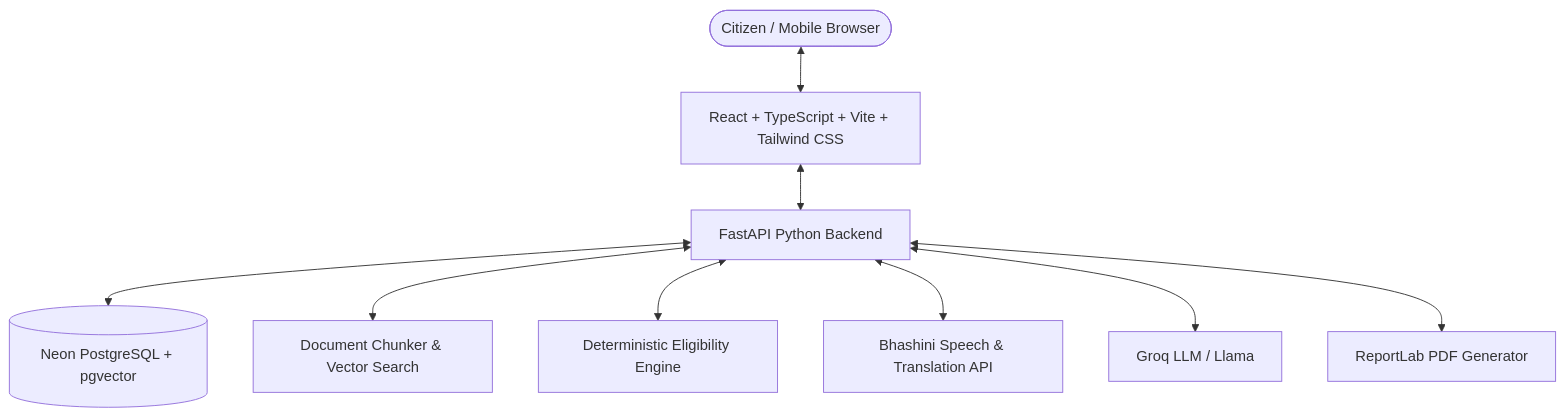
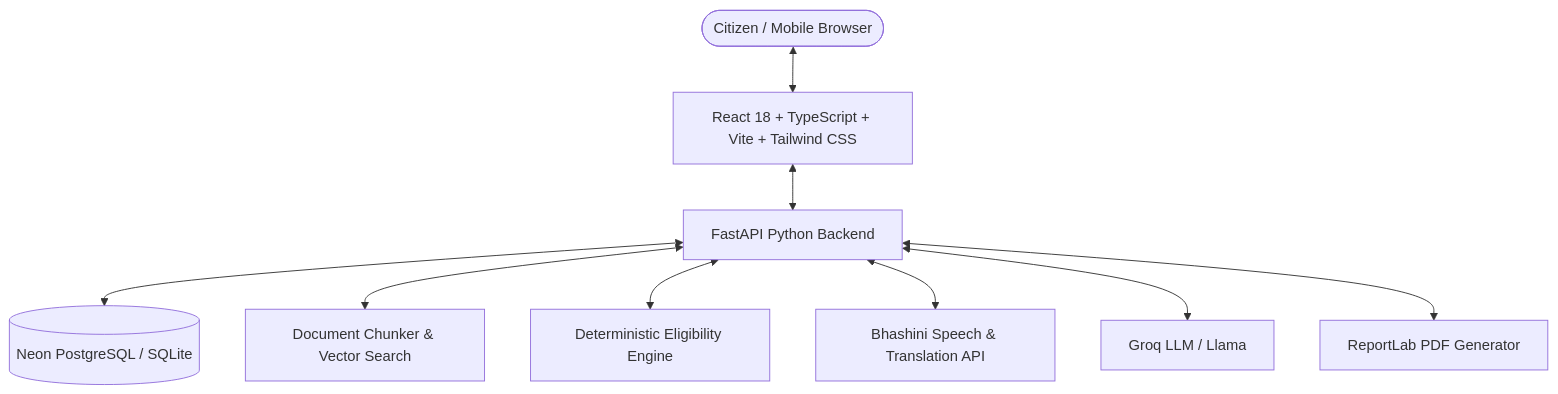
Before and after one commit to ShivayAgarwal08/jansahayak: the diagram in README.md, drawn with Mermaid. The commit also changed other lines of this file, not shown here.

Commit message:
docs: update README with local run instructions and completed architecture

````diff
--- a/README.md
+++ b/README.md
@@ -25,11 +25,11 @@
 ```mermaid
 graph TD
-    User([Citizen / Mobile Browser]) <--> Frontend[React + TypeScript + Vite + Tailwind CSS]
+    User([Citizen / Mobile Browser]) <--> Frontend[React 18 + TypeScript + Vite + Tailwind CSS]
     Frontend <--> Backend[FastAPI Python Backend]
-    Backend <--> DB[(Neon PostgreSQL + pgvector)]
+    Backend <--> DB[(Neon PostgreSQL / SQLite)]
     Backend <--> RAG[Document Chunker & Vector Search]
     Backend <--> Engine[Deterministic Eligibility Engine]
     Backend <--> Bhashini[Bhashini Speech & Translation API]
     Backend <--> Groq[Groq LLM / Llama]
     Backend <--> PDF[ReportLab PDF Generator]
 ```
````
